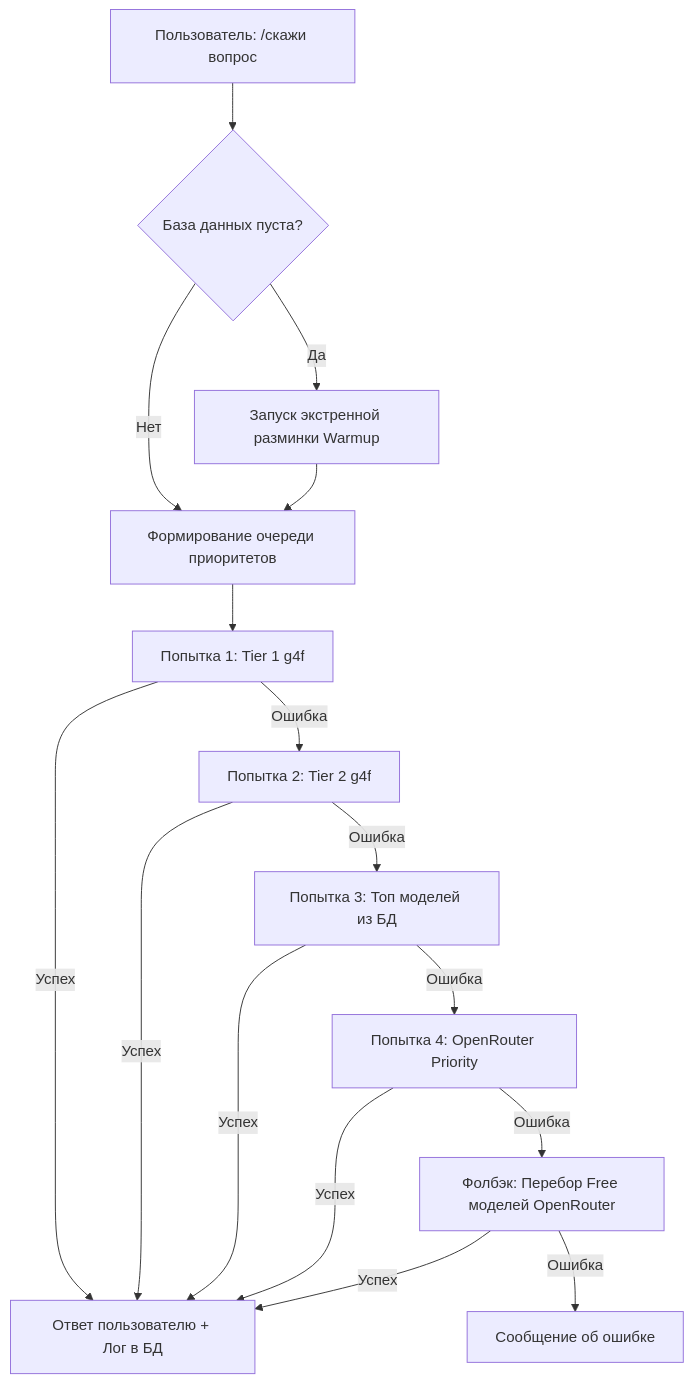
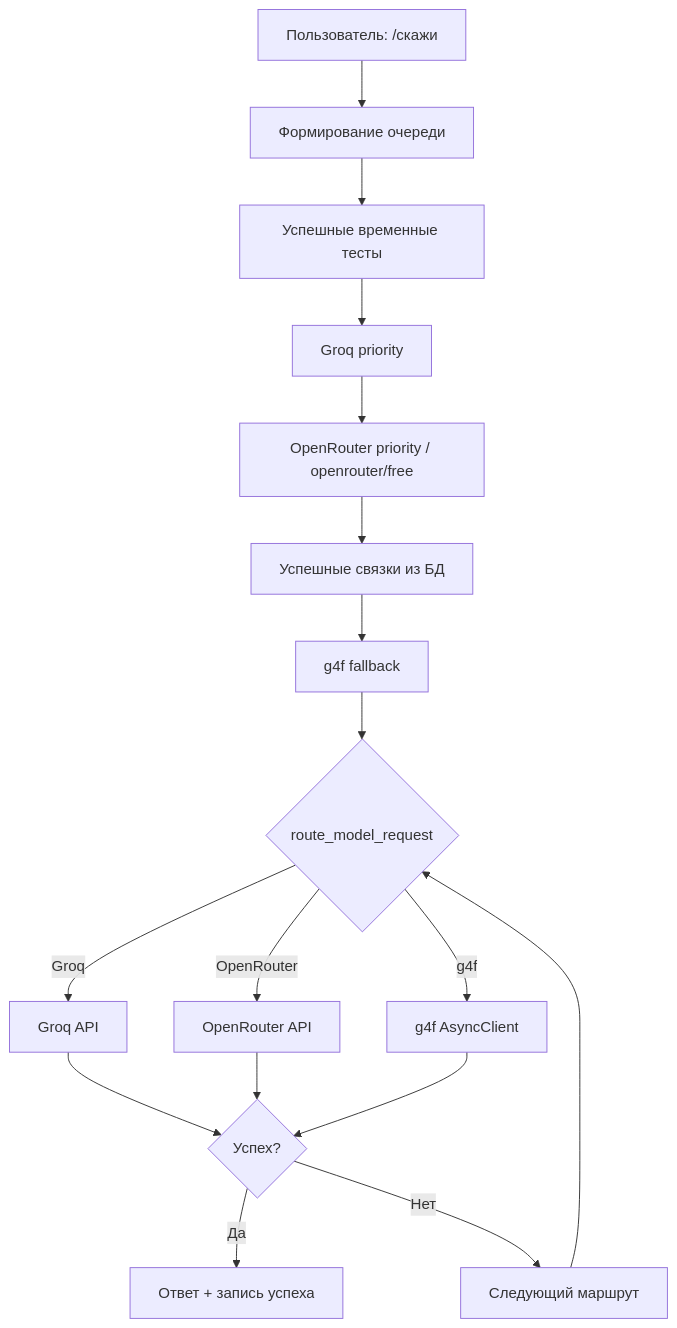
Before and after one commit to LuwnFM/psinka-bot: the second of 4 diagrams in README.md, drawn with Mermaid. The commit also changed other lines of this file and 28 other files, not shown here.

````diff
--- a/README.md
+++ b/README.md
@@ -46,18 +110,19 @@
 ```mermaid
 graph TD
-    A[Пользователь: /скажи вопрос] --> B{База данных пуста?}
-    B -->|Да| C[Запуск экстренной разминки Warmup]
-    B -->|Нет| D[Формирование очереди приоритетов]
-    C --> D
-    D --> E[Попытка 1: Tier 1 g4f]
-    E -->|Успех| F[Ответ пользователю + Лог в БД]
-    E -->|Ошибка| G[Попытка 2: Tier 2 g4f]
-    G -->|Успех| F
-    G -->|Ошибка| H[Попытка 3: Топ моделей из БД]
-    H -->|Успех| F
-    H -->|Ошибка| I[Попытка 4: OpenRouter Priority]
-    I -->|Успех| F
-    I -->|Ошибка| J[Фолбэк: Перебор Free моделей OpenRouter]
-    J -->|Успех| F
-    J -->|Ошибка| K[Сообщение об ошибке]
+    A[Пользователь: /скажи] --> B[Формирование очереди]
+    B --> C[Успешные временные тесты]
+    C --> D[Groq priority]
+    D --> E[OpenRouter priority / openrouter/free]
+    E --> F[Успешные связки из БД]
+    F --> G[g4f fallback]
+    G --> H{route_model_request}
+    H -->|Groq| I[Groq API]
+    H -->|OpenRouter| J[OpenRouter API]
+    H -->|g4f| K[g4f AsyncClient]
+    I --> L{Успех?}
+    J --> L
+    K --> L
+    L -->|Да| M[Ответ + запись успеха]
+    L -->|Нет| N[Следующий маршрут]
+    N --> H
 ```
````
